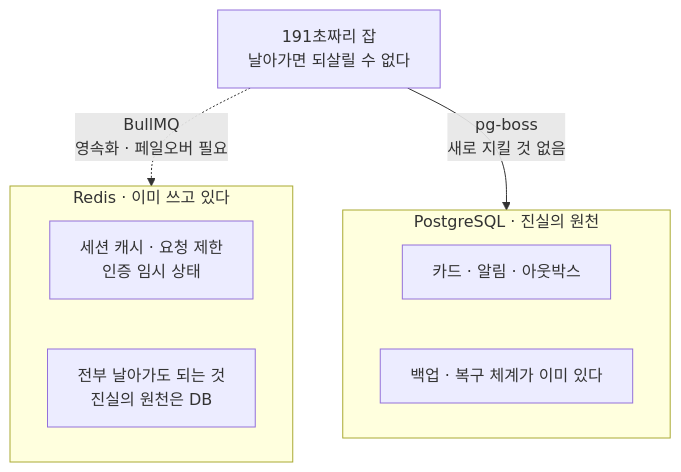
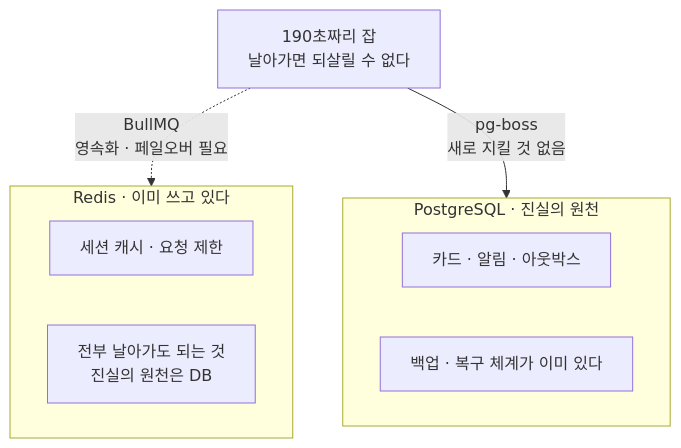
Before and after one commit to dydals3440/YOLOG: the ninth of 10 diagrams in src/content/post/blog/transactional-outbox.mdx, drawn with Mermaid. The commit also changed other lines of this file, not shown here.

````diff
--- a/src/content/post/blog/transactional-outbox.mdx
+++ b/src/content/post/blog/transactional-outbox.mdx
@@ -491,16 +623,16 @@
 ```mermaid
 flowchart TD
-    J["191초짜리 잡<br/>날아가면 되살릴 수 없다"]
+    J["190초짜리 잡<br/>날아가면 되살릴 수 없다"]
 
     subgraph V["Redis · 이미 쓰고 있다"]
-        V1["세션 캐시 · 요청 제한<br/>인증 임시 상태"]
+        V1["세션 캐시 · 요청 제한"]
         V2["전부 날아가도 되는 것<br/>진실의 원천은 DB"]
     end
     subgraph P["PostgreSQL · 진실의 원천"]
         P1["카드 · 알림 · 아웃박스"]
         P2["백업 · 복구 체계가 이미 있다"]
     end
 
     J -.->|"BullMQ<br/>영속화 · 페일오버 필요"| V
     J -->|"pg-boss<br/>새로 지킬 것 없음"| P
 ```
````
